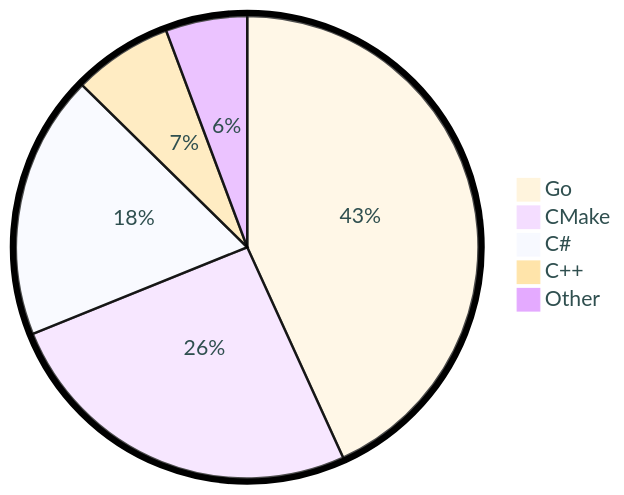
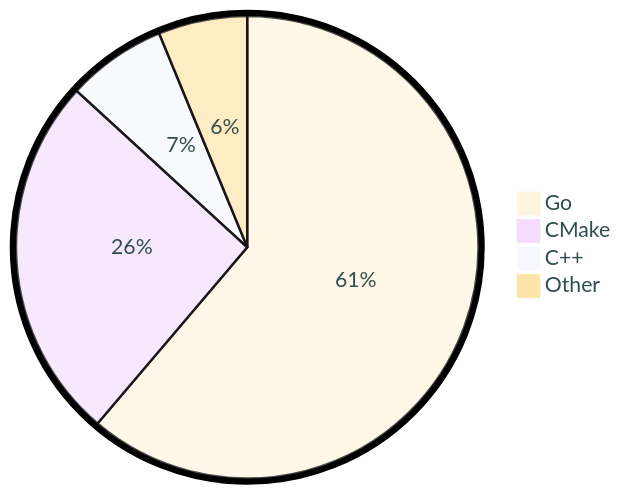
Before and after one commit to tot0p/tot0p: the diagram in README.md, drawn with Mermaid. The commit also changed other lines of this file, not shown here.

````diff
--- a/README.md
+++ b/README.md
@@ -82,9 +82,8 @@
 ```mermaid
 %%{init: {"pie": {"textPosition": 0.5}, "themeVariables": {"pieOuterStrokeWidth": "5px","primaryTextColor" : "#2F4F4F"},"theme":"base"} }%%
 pie
-	"Go": 43.18
-	"CMake": 25.69
-	"C#": 18.46
-	"C++": 6.94
-	"Other": 5.699999999999999
+	"Go": 61.2
+	"CMake": 25.6
+	"C++": 6.97
+	"Other": 6.22
 ```
````
